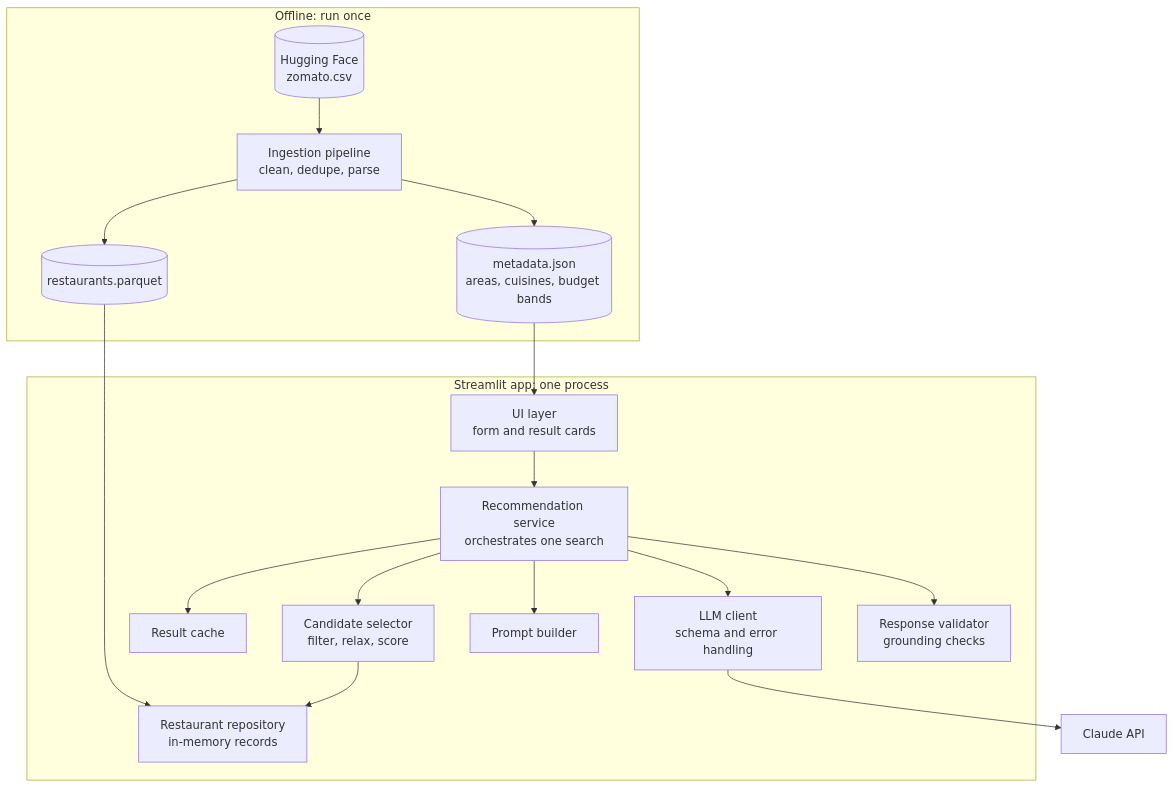
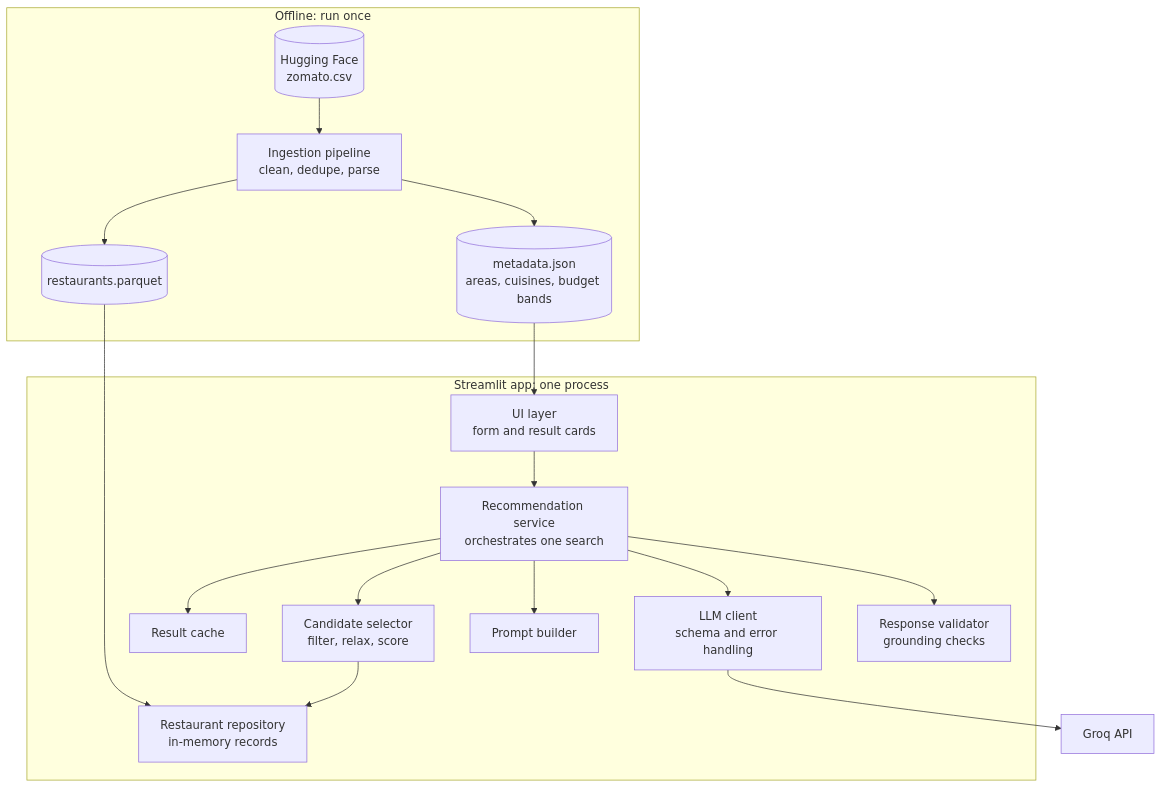
The first of 2 diagrams in Doc/architecture.md (fxdarshan/BLB-Benga-luru-Bytes), drawn with Mermaid before and after one commit. The commit also changed other lines of this file and 44 other files, not shown here.

First line of the commit message:
Add LLM ranking with Groq or Claude, and a dark theme

````diff
--- a/Doc/architecture.md
+++ b/Doc/architecture.md
@@ -57,31 +57,31 @@
 ```mermaid
 flowchart TB
     subgraph Offline["Offline: run once"]
         HF[(Hugging Face<br/>zomato.csv)] --> ING[Ingestion pipeline<br/>clean, dedupe, parse]
         ING --> PQ[(restaurants.parquet)]
         ING --> META[(metadata.json<br/>areas, cuisines, budget bands)]
     end
 
     subgraph App["Streamlit app: one process"]
         UI[UI layer<br/>form and result cards]
         SVC[Recommendation service<br/>orchestrates one search]
         REPO[Restaurant repository<br/>in-memory records]
         FILT[Candidate selector<br/>filter, relax, score]
         PROMPT[Prompt builder]
         LLM[LLM client<br/>schema and error handling]
         VAL[Response validator<br/>grounding checks]
         CACHE[Result cache]
 
         UI --> SVC
         SVC --> CACHE
         SVC --> FILT
         FILT --> REPO
         SVC --> PROMPT
         SVC --> LLM
         SVC --> VAL
     end
 
     PQ --> REPO
     META --> UI
-    LLM --> API[Claude API]
+    LLM --> API[Groq API]
 ```
````
